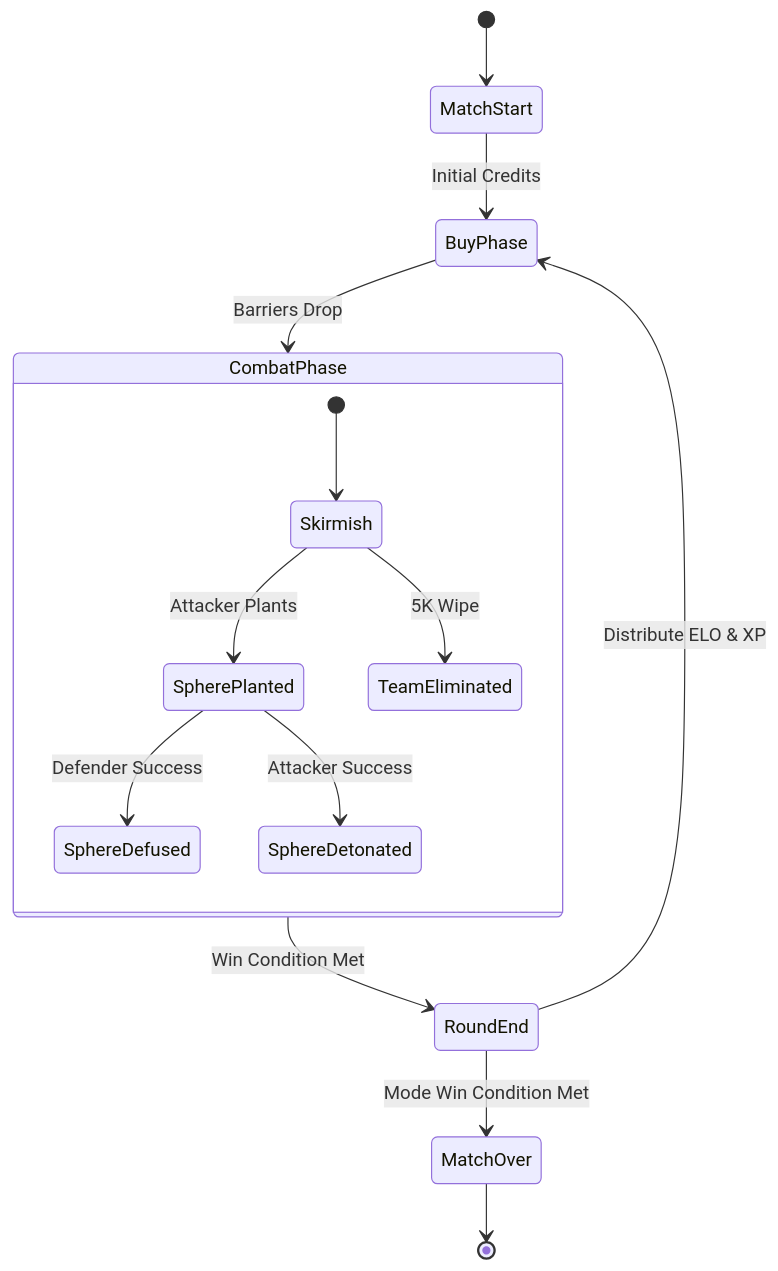
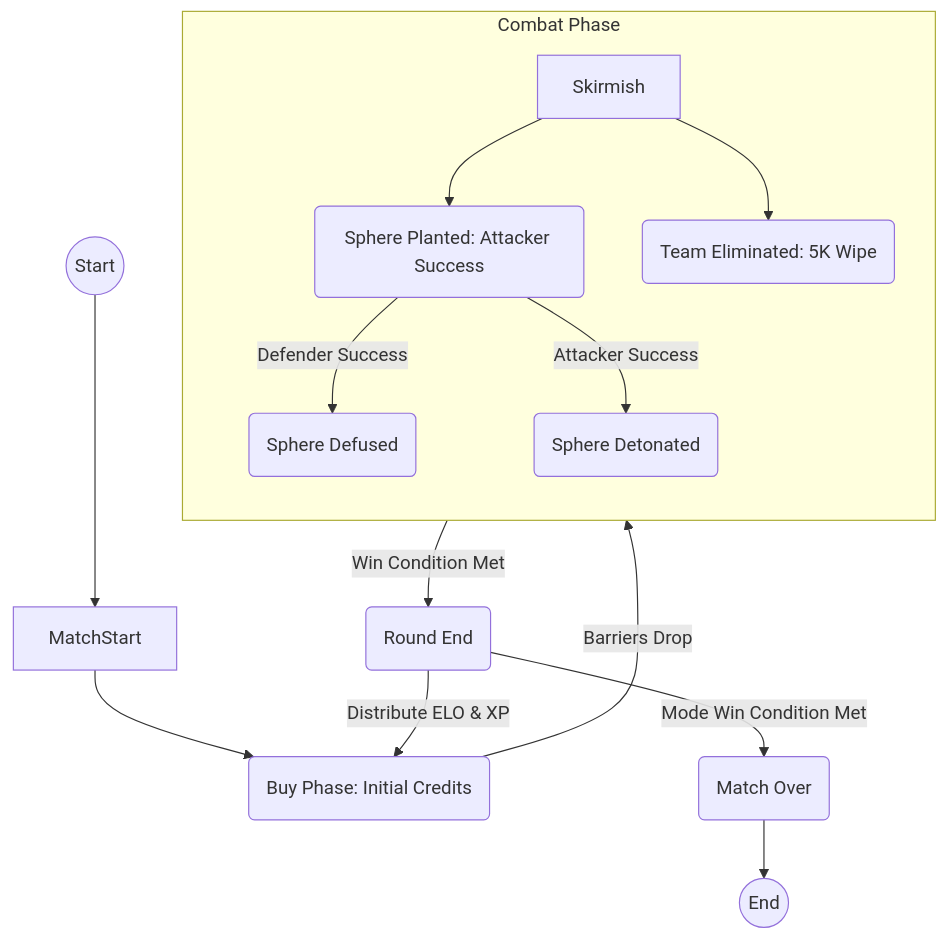
The first of 5 diagrams in README.md (helis-d/ProjectZ), drawn with Mermaid before and after one commit. The commit also changed other lines of this file and 103 other files, not shown here.

Commit message:
docs: Repository cleanup, add Architecture document, and fix Mermaid diagrams for A16Z review

````diff
--- a/README.md
+++ b/README.md
@@ -31,19 +33,19 @@
 ```mermaid
-stateDiagram-v2
-    [*] --> MatchStart
-    MatchStart --> BuyPhase : Initial Credits
-    BuyPhase --> CombatPhase : Barriers Drop
+flowchart TD
+    Start((Start)) --> MatchStart
+    MatchStart --> BuyPhase(Buy Phase: Initial Credits)
+    BuyPhase -->|Barriers Drop| CombatPhase
     
-    state CombatPhase {
-        [*] --> Skirmish
-        Skirmish --> SpherePlanted : Attacker Plants
-        Skirmish --> TeamEliminated : 5K Wipe
-        SpherePlanted --> SphereDefused : Defender Success
-        SpherePlanted --> SphereDetonated : Attacker Success
-    }
+    subgraph CombatPhase[Combat Phase]
+        direction TB
+        Skirmish --> SpherePlanted(Sphere Planted: Attacker Success)
+        Skirmish --> TeamEliminated(Team Eliminated: 5K Wipe)
+        SpherePlanted -->|Defender Success| SphereDefused(Sphere Defused)
+        SpherePlanted -->|Attacker Success| SphereDetonated(Sphere Detonated)
+    end
     
-    CombatPhase --> RoundEnd : Win Condition Met
-    RoundEnd --> BuyPhase : Distribute ELO & XP
-    RoundEnd --> MatchOver : Mode Win Condition Met
-    MatchOver --> [*]
+    CombatPhase -->|Win Condition Met| RoundEnd(Round End)
+    RoundEnd -->|Distribute ELO & XP| BuyPhase
+    RoundEnd -->|Mode Win Condition Met| MatchOver(Match Over)
+    MatchOver --> End((End))
 ```
````
